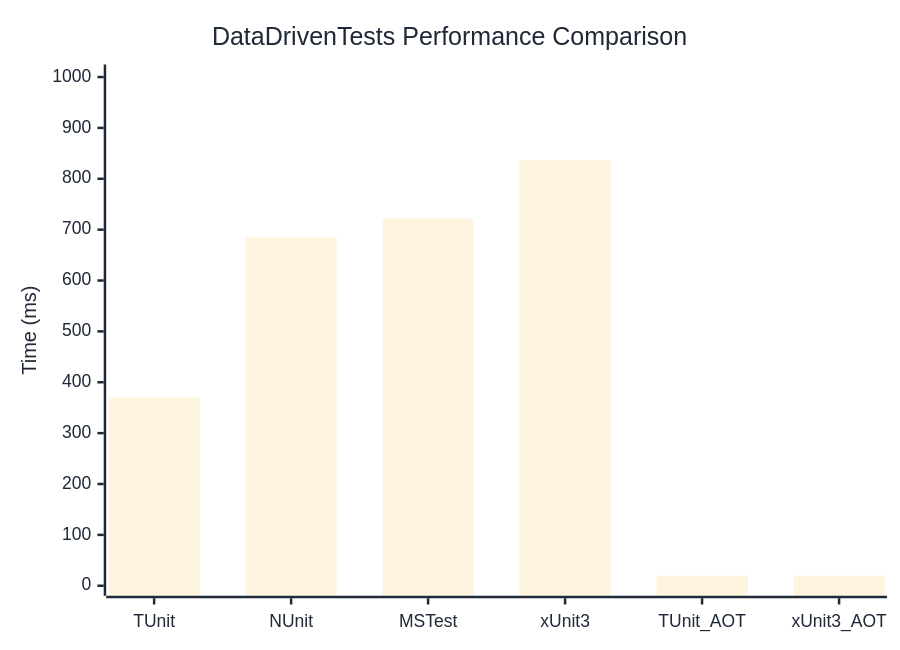
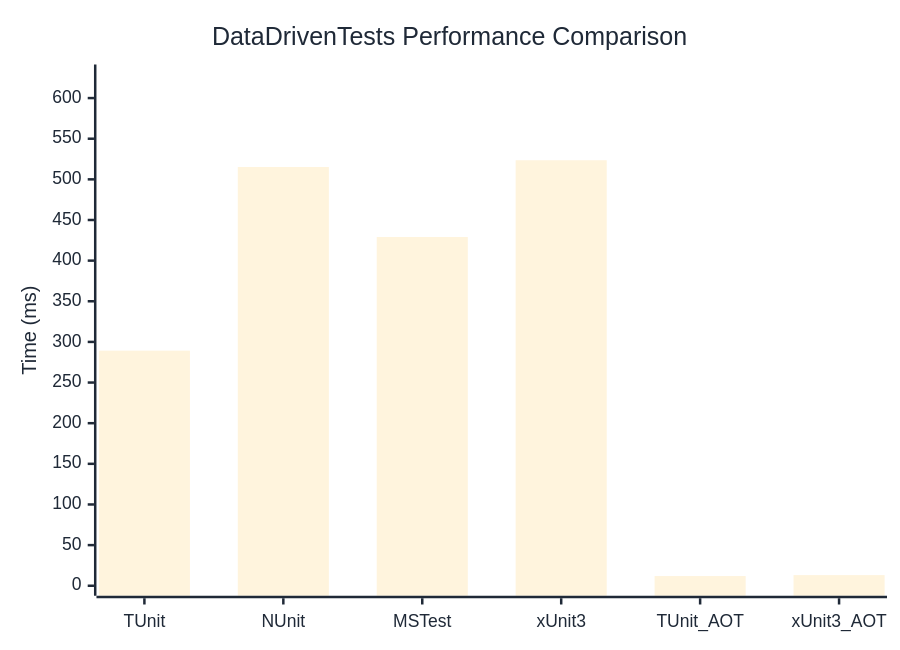
The diagram in docs/docs/benchmarks/engine/DataDrivenTests.md (thomhurst/TUnit), drawn with Mermaid before and after one commit. The commit also changed other lines of this file and 18 other files, not shown here.

````diff
--- a/docs/docs/benchmarks/engine/DataDrivenTests.md
+++ b/docs/docs/benchmarks/engine/DataDrivenTests.md
@@ -30,37 +30,37 @@
 ```mermaid
 %%{init: {
   'theme':'base',
   'themeVariables': {
     'primaryColor': '#2563eb',
     'primaryTextColor': '#1f2937',
     'primaryBorderColor': '#1e40af',
     'lineColor': '#6b7280',
     'secondaryColor': '#7c3aed',
     'tertiaryColor': '#dc2626',
     'background': '#ffffff',
     'mainBkg': '#2563eb',
     'secondBkg': '#7c3aed',
     'tertiaryBkg': '#dc2626',
     'clusterBkg': '#f3f4f6',
     'edgeLabelBackground': '#ffffff',
     'tertiaryTextColor': '#1f2937',
     'pie1': '#2563eb',
     'pie2': '#7c3aed',
     'pie3': '#dc2626',
     'pie4': '#f59e0b',
     'pie5': '#10b981',
     'pie6': '#06b6d4',
     'pie7': '#ec4899',
     'pie8': '#6366f1',
     'pie9': '#84cc16',
     'pie10': '#f97316',
     'pie11': '#14b8a6',
     'pie12': '#a855f7'
   }
 }}%%
 xychart-beta
   title "DataDrivenTests Performance Comparison"
   x-axis ["TUnit", "NUnit", "MSTest", "xUnit3", "TUnit_AOT", "xUnit3_AOT"]
-  y-axis "Time (ms)" 0 --> 1005
-  bar [369.64, 685.81, 721.79, 836.96, 19.68, 19.58]
+  y-axis "Time (ms)" 0 --> 629
+  bar [289.25, 515.18, 429.04, 523.52, 11.94, 13.09]
 ```
````
